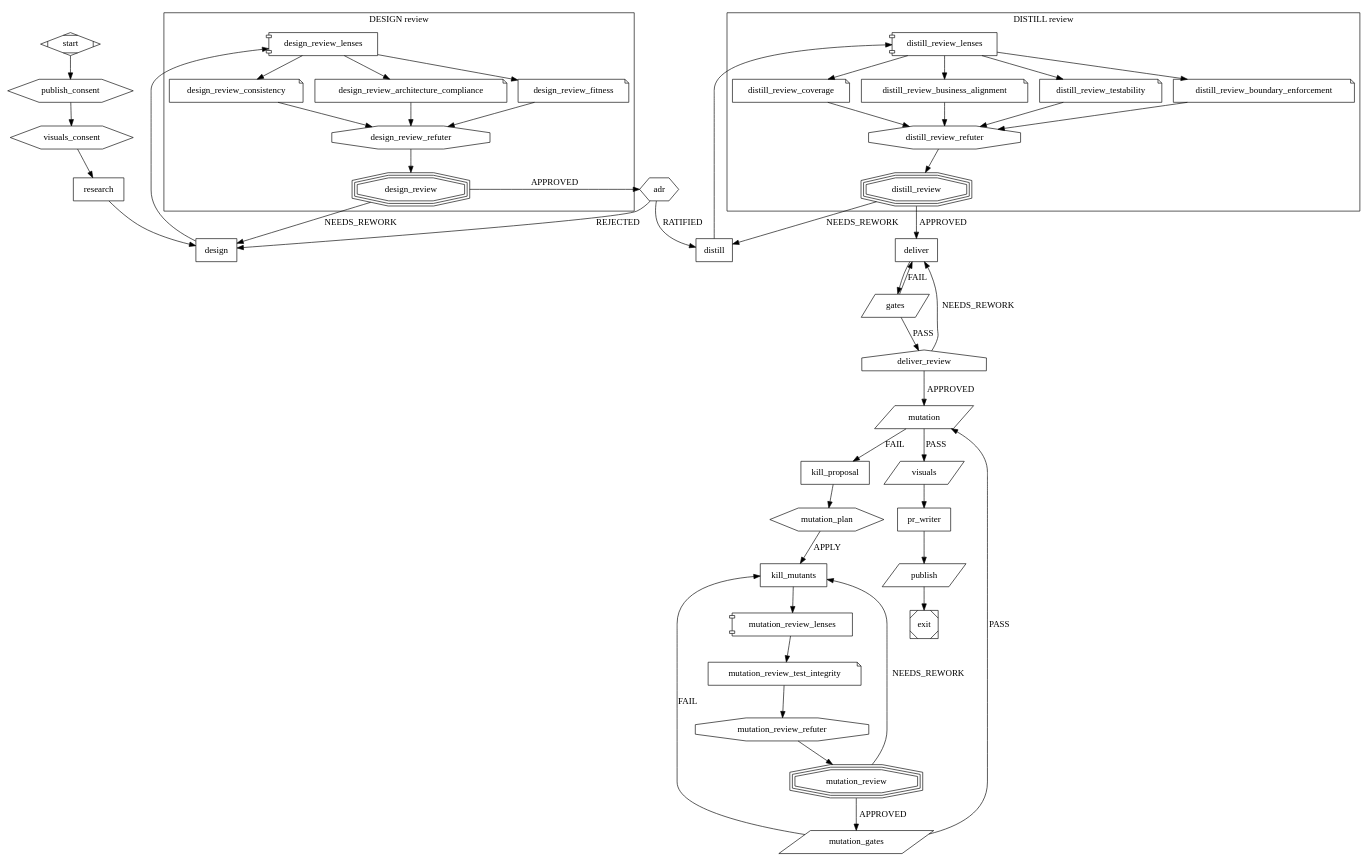
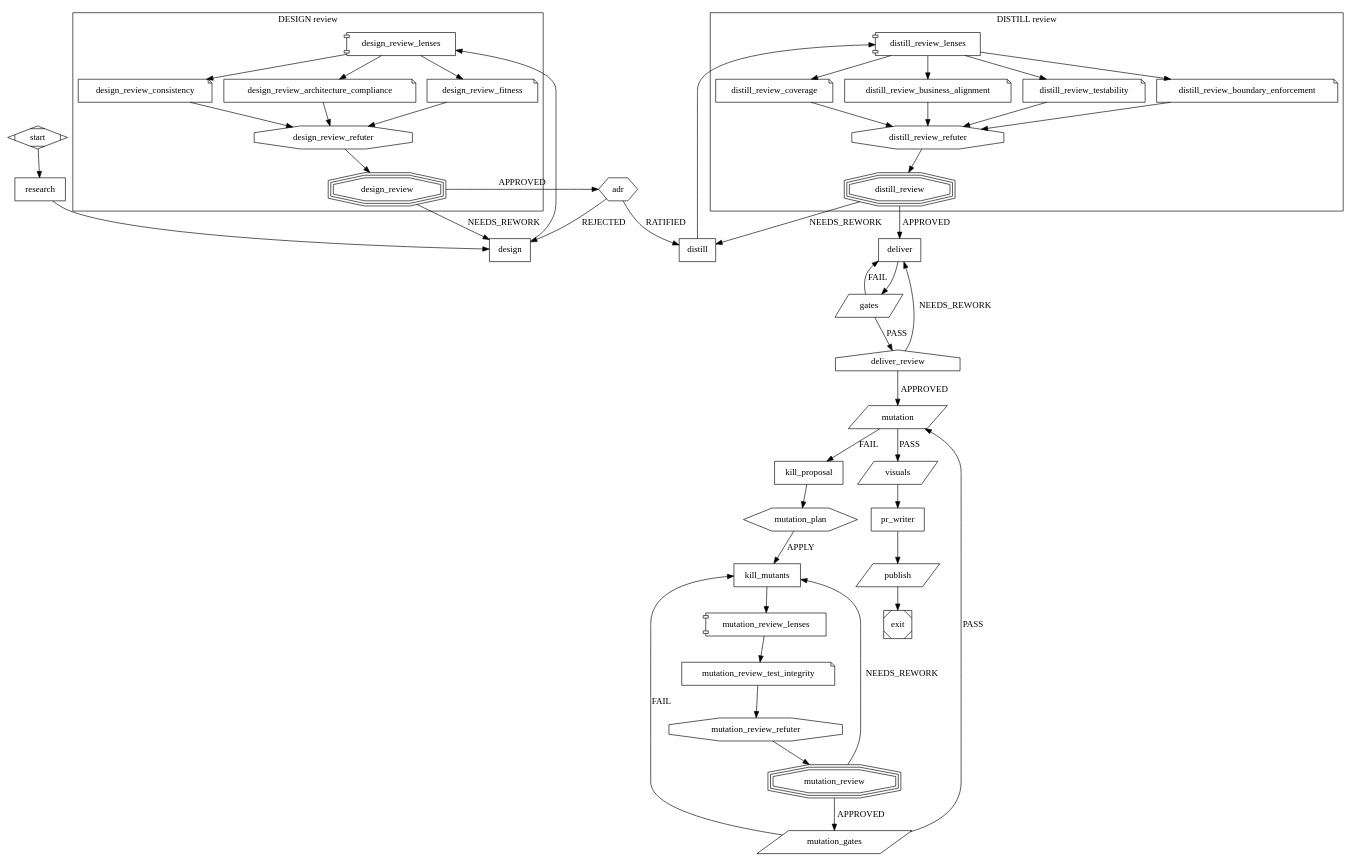
The diagram in plugins/skraft-framework/workflows/pipeline.skraft.dot (SebastienDegodez/skraft-plugin), drawn with Graphviz before and after one commit. The commit also changed 39 other files, not shown here.

```diff
--- a/plugins/skraft-framework/workflows/pipeline.skraft.dot
+++ b/plugins/skraft-framework/workflows/pipeline.skraft.dot
@@ -1,98 +1,96 @@
 // The skraft pipeline. Copy it into .skraft/pipeline.skraft.dot with `skraft workflow eject`, then add
 // agents, lenses, gates or questions; `skraft workflow check` validates it, `skraft workflow diff`
 // compares it with this one. A node marked locked=true can only be dropped with unlock="<reason>"; a node marked
 // mandatory=true can never be dropped, bypassed or weakened, whatever the copy says.
 // A review fans out (shape=component) to one lens node per branch (shape=note, lens="<name>", run as the agent `<name>-lens`) joins its branches in the refuter (shape=octagon, finding-refuter, which checks each finding, of any severity) and closes in a fan-in (shape=tripleoctagon) that computes the verdict and carries the APPROVED and NEEDS_REWORK edges. A lens with when="mock" or when="contract" runs only when the changes touch mocks or contracts; one without when always runs. skraft-config.json's `assign` chooses each agent's model family, `models` what a family runs on per host; model= on an agent, a lens or a fan-in (for its lenses that name none) and refuter= on a fan-in name a family too, under `assign.agents`.
 // The DESIGN and DISTILL reviews sit in subgraph clusters, which only group them in a drawing.
 // A house calls another workflow by its base name (workflow="<name>": .skraft/<name>.skraft.dot, else the plugin's) and leaves
 // by the verdict it returns: deliver_review runs review, the review a pull request gets too. The called workflow declares its inputs
 // (input_<name>="required" or "optional"); the call binds each one by name to what the run holds (base, head, story,
 // documents, components), with_<name>="<value>" binding it to another. A called workflow calls no other.
 // A hexagon asks a human: the run waits until `skraft decide` answers. mutation-plan takes APPLY, an instruction of the developer's own, or STOP, which ends the run.
-// A parallelogram with publish="pull-request" pushes the branch and opens or updates its pull request, with the consent publish-consent asked.
-// A parallelogram with publish="playwright-visuals" runs each front end's e2e command and commits the screenshots its manifest lists, with the consent reporting-consent asked; when="frontend" skips it without a front end.
+// A parallelogram with publish="pull-request" pushes the branch and opens or updates its pull request, on the consent publish.pullRequest of skraft-config.json; a run starts only once /skraft-init has settled it.
+// A parallelogram with publish="playwright-visuals" runs each front end's e2e command and commits the screenshots its manifest lists, on the consent publish.visuals; when="frontend" skips it without a front end, and such a node then needs no consent.
 // each="survivor-file" runs an agent once per file holding mutants the mutation gate left alive, when the gate's FAIL edge leads to it; reached by another edge, it runs once, with what that edge brings.
 // proposal=true on such an agent has it write a proposal per file, in a file the engine creates, and change no code.
 // Mutation runs last, on the code the DELIVER review approved; its survivors go to a proposal, the developer chooses (mutation_plan), then kill_mutants applies the choice.
 // mutation_gates runs the gates of gates again after kill_mutants: a gate node that runs every gate of a locked one stands in for it.
 digraph skraft {
   graph [version="2", goal="Deliver the story"]
 
   start    [shape=Mdiamond]
-  publish_consent [shape=hexagon, question="publish-consent", phase="RESEARCH"]
-  visuals_consent [shape=hexagon, question="reporting-consent"]
   research [shape=box, agent="solution-researcher", phase="RESEARCH"]
   design   [shape=box, agent="solution-architect", phase="DESIGN"]
   subgraph cluster_design_review {
     label="DESIGN review"
     design_review_lenses [shape=component]
     design_review_consistency [shape=note, lens="consistency"]
     design_review_architecture_compliance [shape=note, lens="architecture-compliance"]
     design_review_fitness [shape=note, lens="fitness"]
     design_review_refuter [shape=octagon, mandatory=true]
     design_review [shape=tripleoctagon, mandatory=true]
   }
   adr      [shape=hexagon, question="adr-ratification"]
   distill  [shape=box, agent="acceptance-designer", phase="DISTILL"]
   subgraph cluster_distill_review {
     label="DISTILL review"
     distill_review_lenses [shape=component]
     distill_review_coverage [shape=note, lens="coverage"]
     distill_review_business_alignment [shape=note, lens="business-alignment"]
     distill_review_testability [shape=note, lens="testability"]
     distill_review_boundary_enforcement [shape=note, lens="boundary-enforcement"]
     distill_review_refuter [shape=octagon, mandatory=true]
     distill_review [shape=tripleoctagon, mandatory=true]
   }
   deliver  [shape=box, agent="software-engineer", phase="DELIVER"]
   gates    [shape=parallelogram, gate="build,format,lint,test,architecture,coverage", goal_gate=true, locked=true, phase="DELIVER"]
   deliver_review [shape=house, workflow="review", mandatory=true]
   mutation [shape=parallelogram, gate="mutation", goal_gate=true, locked=true]
   kill_proposal [shape=box, agent="software-engineer", each="survivor-file", proposal=true]
   mutation_plan [shape=hexagon, question="mutation-plan"]
   kill_mutants [shape=box, agent="software-engineer", each="survivor-file"]
   mutation_review_lenses [shape=component]
   mutation_review_test_integrity [shape=note, lens="test-integrity"]
   mutation_review_refuter [shape=octagon, mandatory=true]
   mutation_review [shape=tripleoctagon, mandatory=true]
   mutation_gates [shape=parallelogram, gate="build,format,lint,test,architecture,coverage", goal_gate=true]
   visuals  [shape=parallelogram, publish="playwright-visuals", when="frontend"]
   pr_writer [shape=box, agent="pr-writer", phase="PUBLISH"]
   publish  [shape=parallelogram, publish="pull-request"]
   exit     [shape=Msquare]
 
-  start -> publish_consent -> visuals_consent -> research -> design -> design_review_lenses
+  start -> research -> design -> design_review_lenses
   design_review_lenses -> design_review_consistency -> design_review_refuter
   design_review_lenses -> design_review_architecture_compliance -> design_review_refuter
   design_review_lenses -> design_review_fitness -> design_review_refuter
   design_review_refuter -> design_review
   design_review -> design  [label="NEEDS_REWORK", max_visits=3]
   design_review -> adr     [label="APPROVED"]
   adr -> distill   [label="RATIFIED"]
   adr -> design    [label="REJECTED", max_visits=1]
   distill -> distill_review_lenses
   distill_review_lenses -> distill_review_coverage -> distill_review_refuter
   distill_review_lenses -> distill_review_business_alignment -> distill_review_refuter
   distill_review_lenses -> distill_review_testability -> distill_review_refuter
   distill_review_lenses -> distill_review_boundary_enforcement -> distill_review_refuter
   distill_review_refuter -> distill_review
   distill_review -> distill [label="NEEDS_REWORK", max_visits=3]
   distill_review -> deliver [label="APPROVED"]
   deliver -> gates
   gates -> deliver [label="FAIL", max_visits=3]
   gates -> deliver_review [label="PASS"]
   deliver_review -> deliver [label="NEEDS_REWORK", max_visits=3]
   deliver_review -> mutation [label="APPROVED"]
   mutation -> visuals [label="PASS"]
   mutation -> kill_proposal [label="FAIL", max_visits=5]
   kill_proposal -> mutation_plan
   mutation_plan -> kill_mutants [label="APPLY"]
   kill_mutants -> mutation_review_lenses
   mutation_review_lenses -> mutation_review_test_integrity -> mutation_review_refuter
   mutation_review_refuter -> mutation_review
   mutation_review -> kill_mutants [label="NEEDS_REWORK", max_visits=3]
   mutation_review -> mutation_gates [label="APPROVED"]
   mutation_gates -> kill_mutants [label="FAIL", max_visits=3]
   mutation_gates -> mutation [label="PASS"]
   visuals -> pr_writer -> publish -> exit
 }
```
